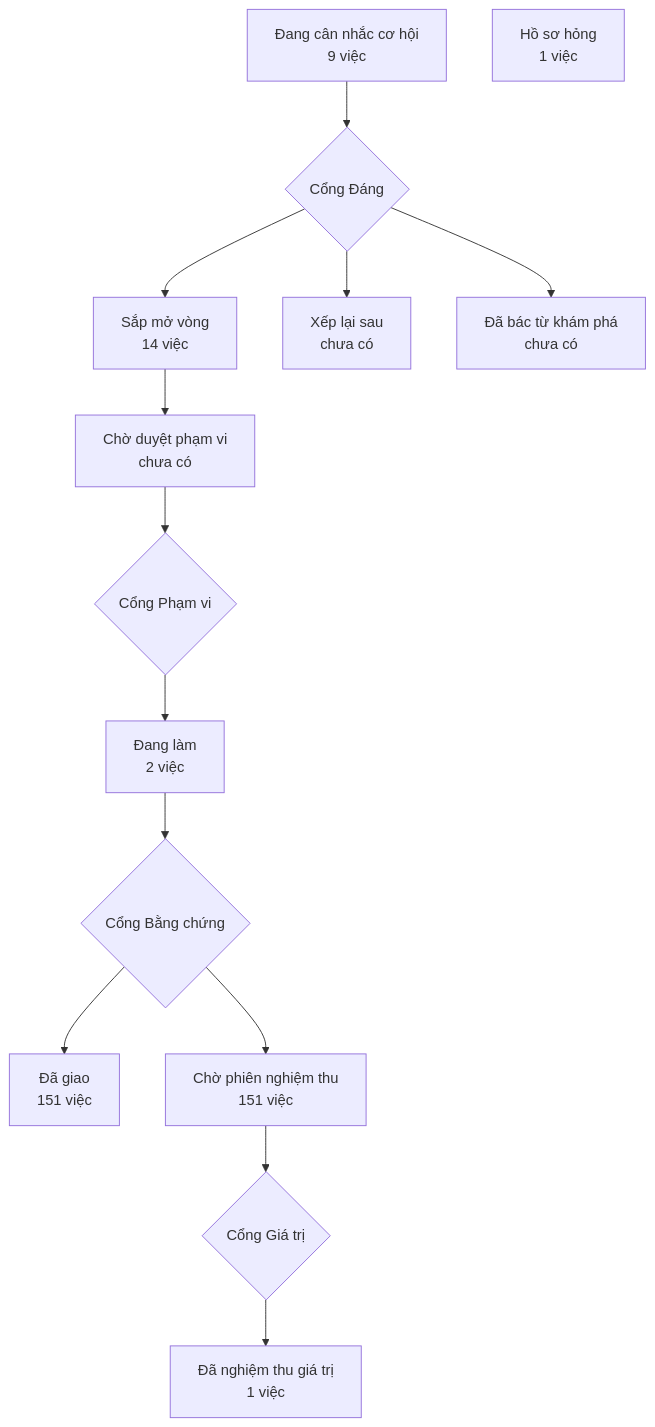
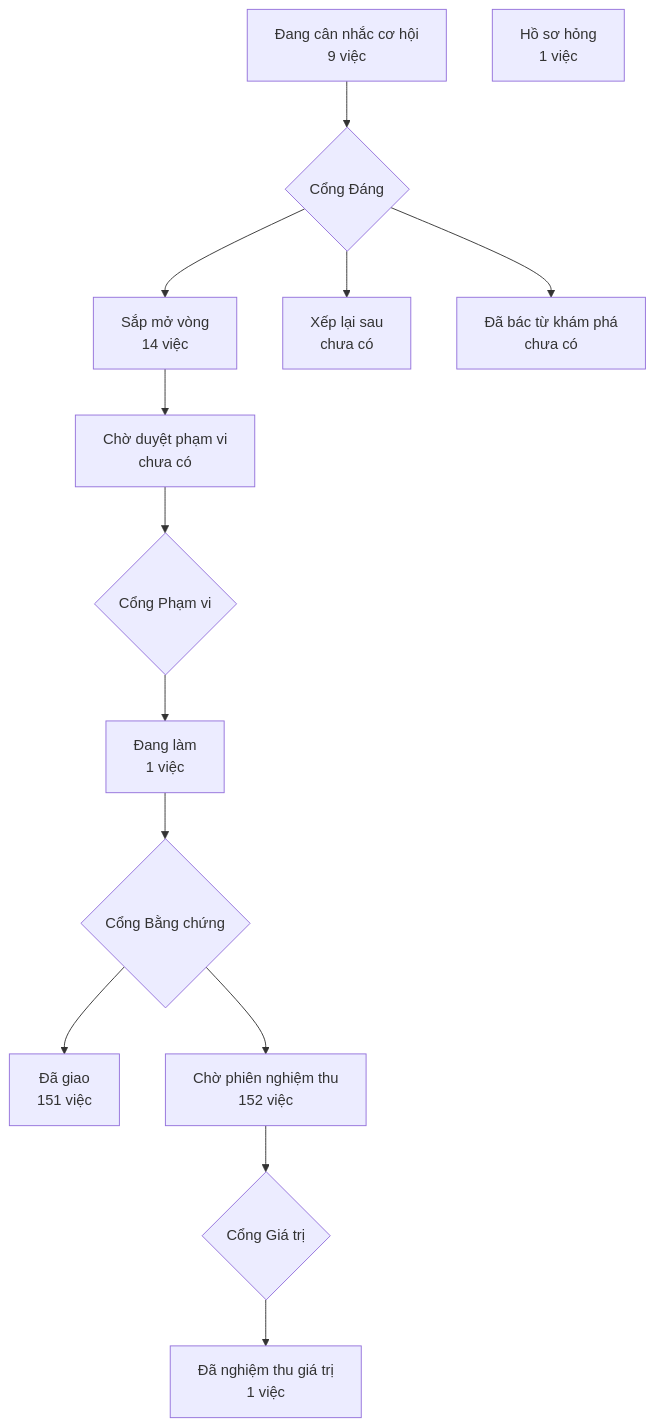
One commit to phanlemanh/crm-onehub changed the diagram in PRODUCT-MAP.md. Above: the diagram before and after it, drawn with Mermaid. The commit also changed 4 other files, not shown here.

Commit message:
Gate 2 signoff: va-gantt-lich-bay-ngay — manh

````diff
--- a/PRODUCT-MAP.md
+++ b/PRODUCT-MAP.md
@@ -7,13 +7,13 @@
 ```mermaid
 flowchart TD
   A["Đang cân nhắc cơ hội<br/>9 việc"] --> GD{"Cổng Đáng"}
   GD --> B["Sắp mở vòng<br/>14 việc"]
   GD --> XL["Xếp lại sau<br/>chưa có"]
   GD --> DB["Đã bác từ khám phá<br/>chưa có"]
   B --> CD["Chờ duyệt phạm vi<br/>chưa có"] --> GP{"Cổng Phạm vi"}
-  GP --> DL["Đang làm<br/>2 việc"] --> GB{"Cổng Bằng chứng"}
+  GP --> DL["Đang làm<br/>1 việc"] --> GB{"Cổng Bằng chứng"}
   GB --> DG["Đã giao<br/>151 việc"]
-  GB --> CN["Chờ phiên nghiệm thu<br/>151 việc"] --> GG{"Cổng Giá trị"}
+  GB --> CN["Chờ phiên nghiệm thu<br/>152 việc"] --> GG{"Cổng Giá trị"}
   GG --> NT["Đã nghiệm thu giá trị<br/>1 việc"]
   HS["Hồ sơ hỏng<br/>1 việc"]
 ```
````
